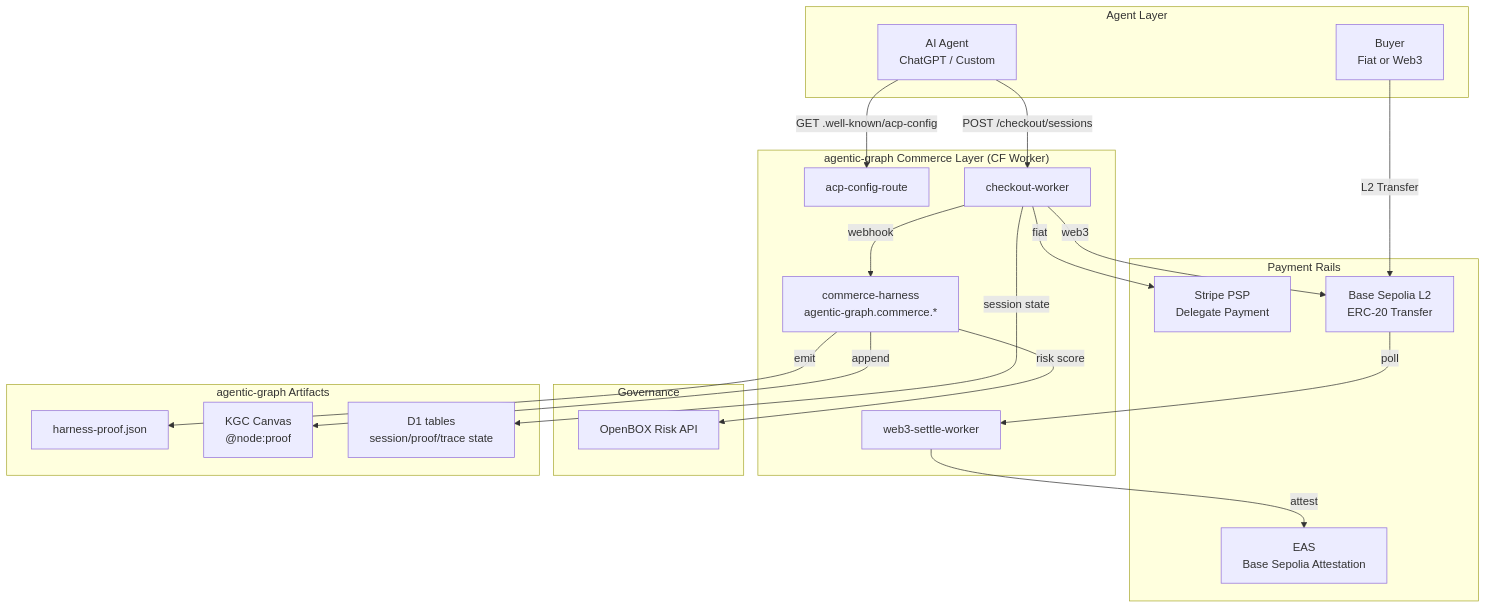
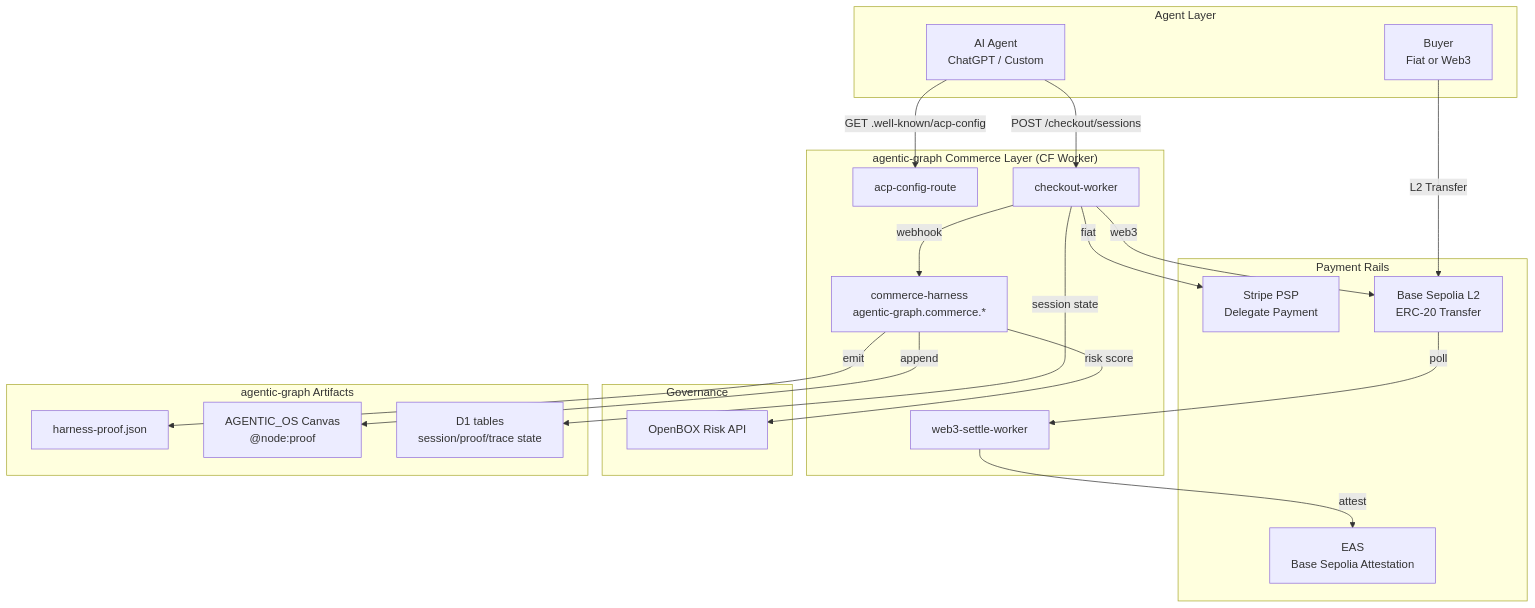
Before and after one commit to huijoohwee/agentic-graph: the third of 3 diagrams in docs/documents/agentic-graph-agentic-commerce-prd-tad.md, drawn with Mermaid. The commit also changed other lines of this file and 599 other files, not shown here.

````diff
--- a/docs/documents/agentic-graph-agentic-commerce-prd-tad.md
+++ b/docs/documents/agentic-graph-agentic-commerce-prd-tad.md
@@ -601,43 +601,43 @@
 ```mermaid
 flowchart TB
     subgraph "Agent Layer"
         A1[AI Agent\nChatGPT / Custom]
         A2[Buyer\nFiat or Web3]
     end
 
     subgraph "agentic-graph Commerce Layer (CF Worker)"
         B1[acp-config-route]
         B2[checkout-worker]
         B3[web3-settle-worker]
         B4[commerce-harness\nagentic-graph.commerce.*]
     end
 
     subgraph "Payment Rails"
         C1[Stripe PSP\nDelegate Payment]
         C2[Base Sepolia L2\nERC-20 Transfer]
         C3[EAS\nBase Sepolia Attestation]
     end
 
     subgraph "Governance"
         D1[OpenBOX Risk API]
     end
 
     subgraph "agentic-graph Artifacts"
         E1[harness-proof.json]
-        E2[KGC Canvas\n@node:proof]
+        E2[AGENTIC_OS Canvas\n@node:proof]
         E3[D1 tables\nsession/proof/trace state]
     end
 
     A1 -->|GET .well-known/acp-config| B1
     A1 -->|POST /checkout/sessions| B2
     A2 -->|L2 Transfer| C2
     B2 -->|fiat| C1
     B2 -->|web3| C2
     B2 -->|session state| E3
     C2 -->|poll| B3
     B3 -->|attest| C3
     B2 -->|webhook| B4
     B4 -->|risk score| D1
     B4 -->|emit| E1
     B4 -->|append| E2
 ```
````
